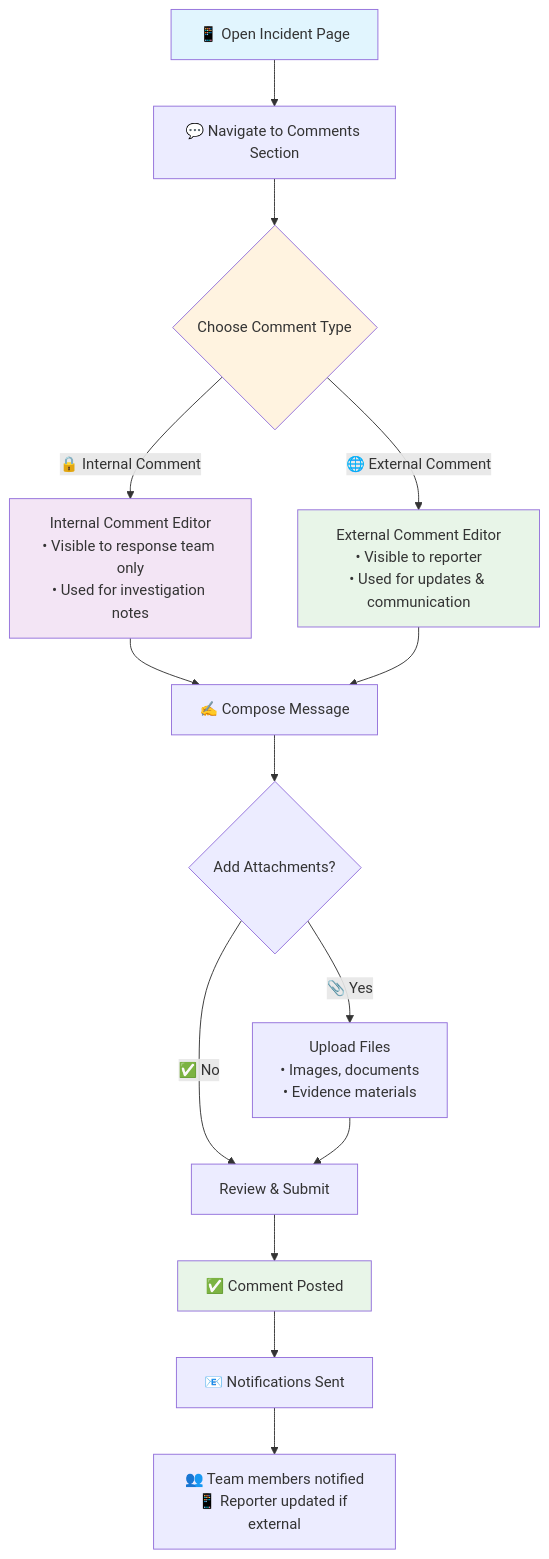
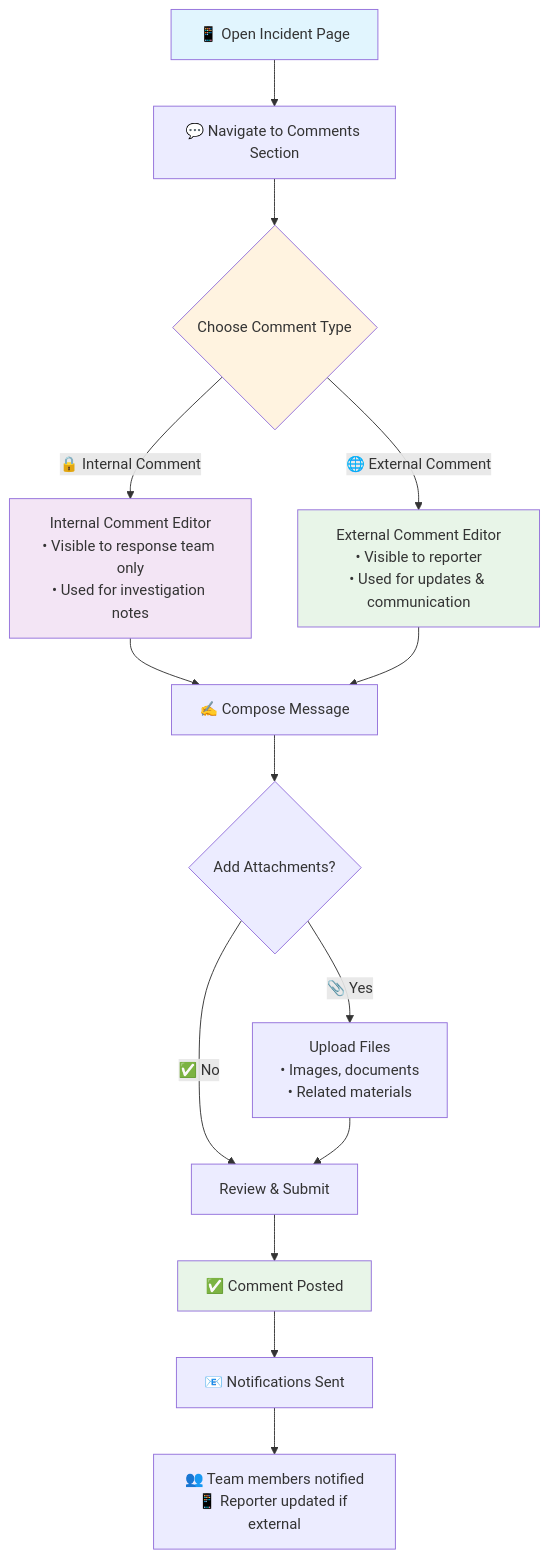
One commit to dipendra-mule/conducky changed the diagram in website/docs/user-guide/comment-workflows.md. Above: the diagram before and after it, drawn with Mermaid. The commit also changed other lines of this file and 44 other files, not shown here.

First line of the commit message:
Rename "evidence files" to "related files"

````diff
--- a/website/docs/user-guide/comment-workflows.md
+++ b/website/docs/user-guide/comment-workflows.md
@@ -41,27 +41,27 @@
 ```mermaid
 flowchart TD
     A[📱 Open Incident Page] --> B[💬 Navigate to Comments Section]
     B --> C{Choose Comment Type}
     
     C -->|🔒 Internal Comment| D[Internal Comment Editor<br/>• Visible to response team only<br/>• Used for investigation notes]
     C -->|🌐 External Comment| E[External Comment Editor<br/>• Visible to reporter<br/>• Used for updates & communication]
     
     D --> F[✍️ Compose Message]
     E --> F
     
     F --> G{Add Attachments?}
-    G -->|📎 Yes| H[Upload Files<br/>• Images, documents<br/>• Evidence materials]
+    G -->|📎 Yes| H[Upload Files<br/>• Images, documents<br/>• Related materials]
     G -->|✅ No| I[Review & Submit]
     
     H --> I
     I --> J[✅ Comment Posted]
     
     J --> K[📧 Notifications Sent]
     K --> L[👥 Team members notified<br/>📱 Reporter updated if external]
     
     style A fill:#e1f5fe
     style C fill:#fff3e0
     style D fill:#f3e5f5
     style E fill:#e8f5e8
     style J fill:#e8f5e8
 ```
````
